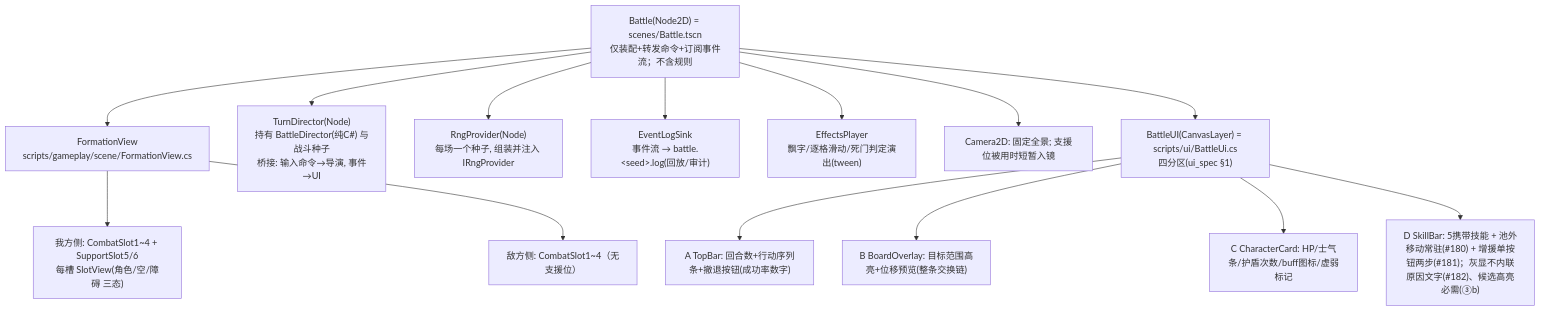
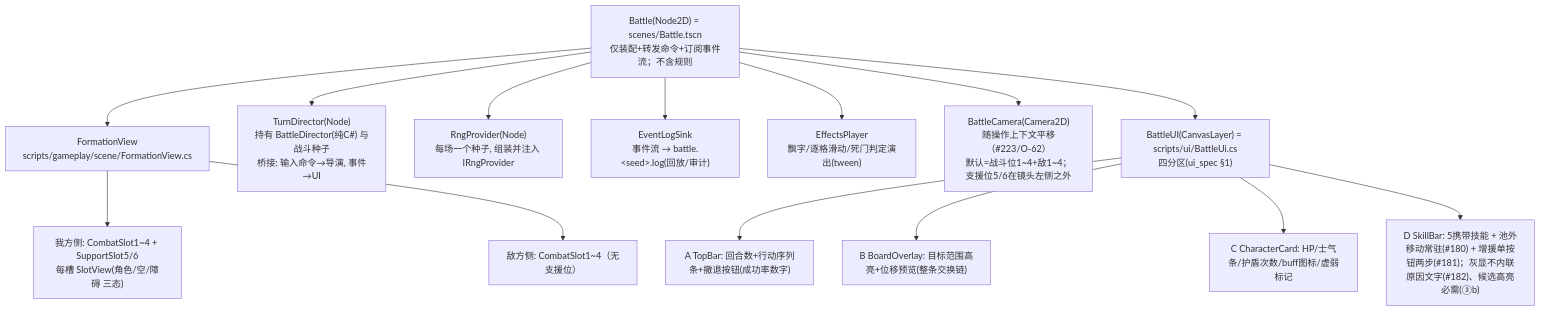
One commit to Lazist-09/Darkest changed the fourth of 4 diagrams in doc/architecture/blueprint.md. Above: the diagram before and after it, drawn with Mermaid. The commit also changed other lines of this file and 21 other files, not shown here.

````diff
--- a/doc/architecture/blueprint.md
+++ b/doc/architecture/blueprint.md
@@ -331,17 +331,17 @@
 ```mermaid
 flowchart TD
     Battle["Battle(Node2D) = scenes/Battle.tscn<br/>仅装配+转发命令+订阅事件流；不含规则"]
     Battle --> Formation["FormationView<br/>scripts/gameplay/scene/FormationView.cs"]
     Formation --> PlayerSide["我方侧: CombatSlot1~4 + SupportSlot5/6<br/>每槽 SlotView(角色/空/障碍 三态)"]
     Formation --> EnemySide["敌方侧: CombatSlot1~4（无支援位）"]
     Battle --> TurnDirector["TurnDirector(Node)<br/>持有 BattleDirector(纯C#) 与战斗种子<br/>桥接: 输入命令→导演, 事件→UI"]
     Battle --> RngProvider["RngProvider(Node)<br/>每场一个种子, 组装并注入 IRngProvider"]
     Battle --> EventLog["EventLogSink<br/>事件流 → battle.&lt;seed&gt;.log(回放/审计)"]
     Battle --> Effects["EffectsPlayer<br/>飘字/逐格滑动/死门判定演出(tween)"]
-    Battle --> Camera2D["Camera2D: 固定全景; 支援位被用时短暂入镜"]
+    Battle --> Camera2D["BattleCamera(Camera2D)<br/>随操作上下文平移（#223/O-62）<br/>默认=战斗位1~4+敌1~4；支援位5/6在镜头左侧之外"]
     Battle --> BattleUI["BattleUI(CanvasLayer) = scripts/ui/BattleUi.cs<br/>四分区(ui_spec §1)"]
     BattleUI --> TopBar["A TopBar: 回合数+行动序列条+撤退按钮(成功率数字)"]
     BattleUI --> Overlay["B BoardOverlay: 目标范围高亮+位移预览(整条交换链)"]
     BattleUI --> Card["C CharacterCard: HP/士气条/护盾次数/buff图标/虚弱标记"]
     BattleUI --> SkillBar["D SkillBar: 5携带技能 + 池外移动常驻(#180) + 增援单按钮两步(#181)；灰显不内联原因文字(#182)、候选高亮必需(③b)"]
 ```
````
